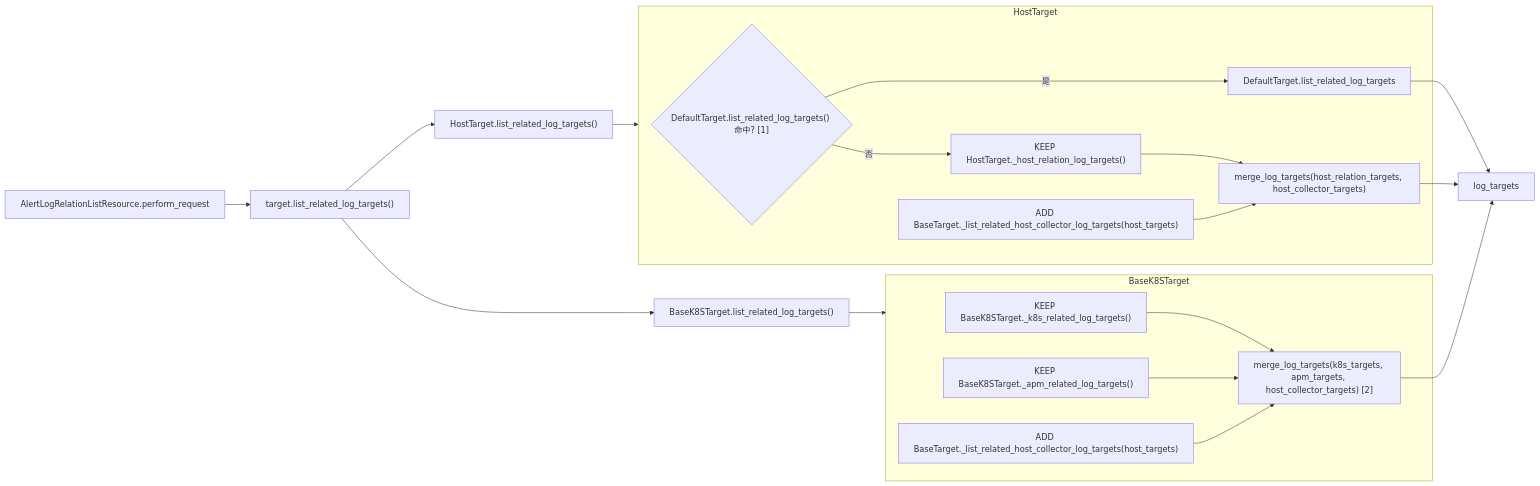
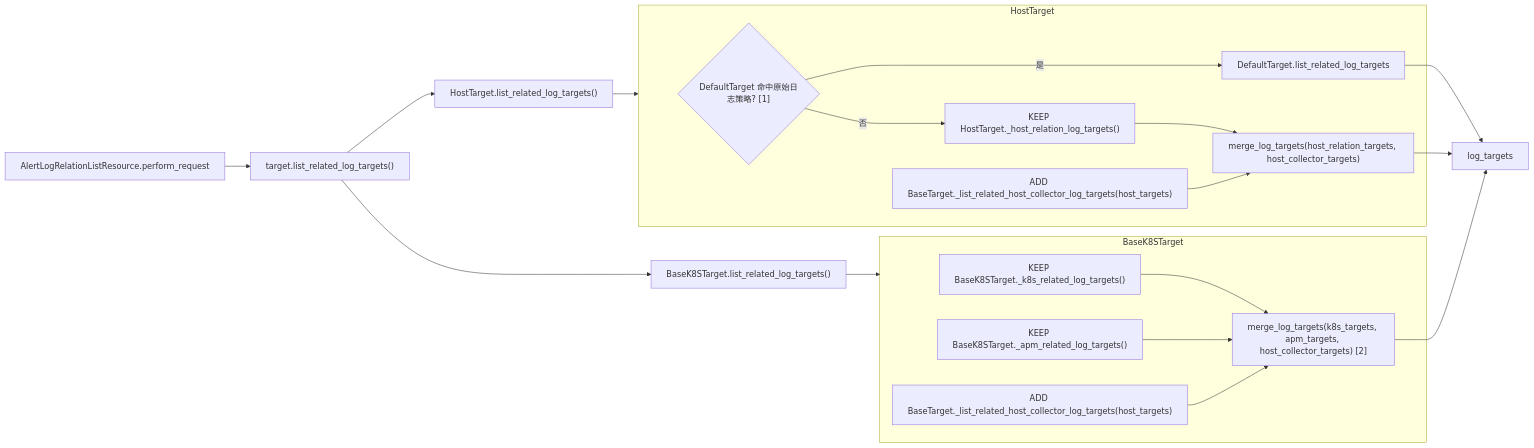
One commit to ZhuoZhuoCrayon/ai-workspace changed the diagram in knowledge/bkmonitor/issues/2026-04-15-alert-detail-host-collector-log-relation/PLAN.md. Above: the diagram before and after it, drawn with Mermaid. The commit also changed other lines of this file, not shown here.

Commit message:
docs(knowledge): polish alert host log relation plan

````diff
--- a/knowledge/bkmonitor/issues/2026-04-15-alert-detail-host-collector-log-relation/PLAN.md
+++ b/knowledge/bkmonitor/issues/2026-04-15-alert-detail-host-collector-log-relation/PLAN.md
@@ -37,35 +35,35 @@
 ```mermaid
 flowchart LR
     A["AlertLogRelationListResource.perform_request"] --> B["target.list_related_log_targets()"]
 
     B --> H["HostTarget.list_related_log_targets()"]
     B --> K["BaseK8STarget.list_related_log_targets()"]
 
     subgraph HostTargetPlan["HostTarget"]
-        H1{"DefaultTarget.list_related_log_targets() 命中? [1]"}
+        H1{"DefaultTarget 命中原始日志策略? [1]"}
         H2["DefaultTarget.list_related_log_targets"]
         H3["KEEP HostTarget._host_relation_log_targets()"]
         H4["ADD BaseTarget._list_related_host_collector_log_targets(host_targets)"]
         H5["merge_log_targets(host_relation_targets, host_collector_targets)"]
         H1 -- "是" --> H2
         H1 -- "否" --> H3
         H3 --> H5
         H4 --> H5
     end
 
     subgraph K8STargetPlan["BaseK8STarget"]
         K1["KEEP BaseK8STarget._k8s_related_log_targets()"]
         K2["KEEP BaseK8STarget._apm_related_log_targets()"]
         K3["ADD BaseTarget._list_related_host_collector_log_targets(host_targets)"]
         K4["merge_log_targets(k8s_targets, apm_targets, host_collector_targets) [2]"]
         K1 --> K4
         K2 --> K4
         K3 --> K4
     end
 
     H --> HostTargetPlan
     K --> K8STargetPlan
     H2 --> R["log_targets"]
     H5 --> R
     K4 --> R
 ```
````
